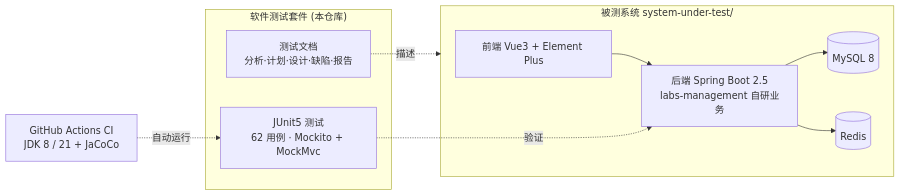
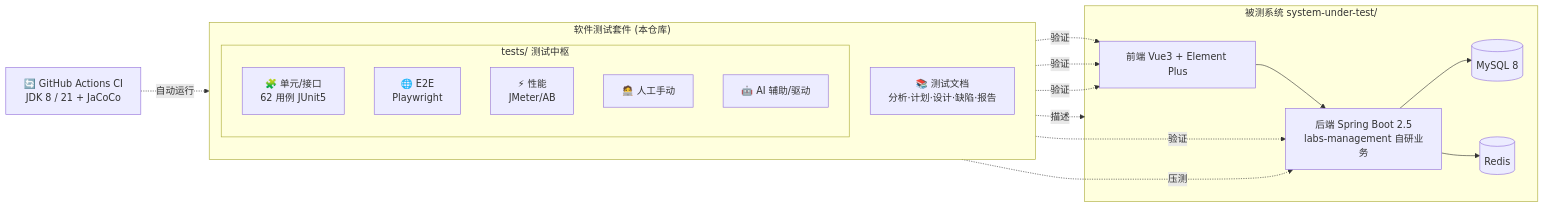
The second of 2 diagrams in README.md (LeiQingliang/open-lab-reservation-system-test-suite), drawn with Mermaid before and after one commit. The commit also changed other lines of this file and 39 other files, not shown here.

First line of the commit message:
feat(tests): 新增 tests/ 测试中枢，凸显人工 + AI 双轨测试体系

````diff
--- a/README.md
+++ b/README.md
@@ -47,20 +141,29 @@
 ```mermaid
 flowchart LR
     subgraph TS["软件测试套件 (本仓库)"]
-        DOCS["测试文档<br/>分析·计划·设计·缺陷·报告"]
-        JT["JUnit5 测试<br/>62 用例 · Mockito + MockMvc"]
+        direction TB
+        DOCS["📚 测试文档<br/>分析·计划·设计·缺陷·报告"]
+        subgraph TESTS["tests/ 测试中枢"]
+            UT["🧩 单元/接口<br/>62 用例 JUnit5"]
+            E2E["🌐 E2E<br/>Playwright"]
+            PERF["⚡ 性能<br/>JMeter/AB"]
+            MAN["🧑‍💻 人工手动"]
+            AIT["🤖 AI 辅助/驱动"]
+        end
     end
     subgraph SUT["被测系统 system-under-test/"]
         FE["前端 Vue3 + Element Plus"]
         BE["后端 Spring Boot 2.5<br/>labs-management 自研业务"]
         DB[(MySQL 8)]
         RDS[(Redis)]
-        FE --> BE
-        BE --> DB
+        FE --> BE --> DB
         BE --> RDS
     end
-    CI["GitHub Actions CI<br/>JDK 8 / 21 + JaCoCo"]
-    JT -. 验证 .-> BE
+    CI["🔄 GitHub Actions CI<br/>JDK 8 / 21 + JaCoCo"]
+
+    UT -. 验证 .-> BE
+    E2E & MAN & AIT -. 验证 .-> FE
+    PERF -. 压测 .-> BE
     DOCS -. 描述 .-> SUT
-    CI -. 自动运行 .-> JT
+    CI -. 自动运行 .-> UT
 ```
````
